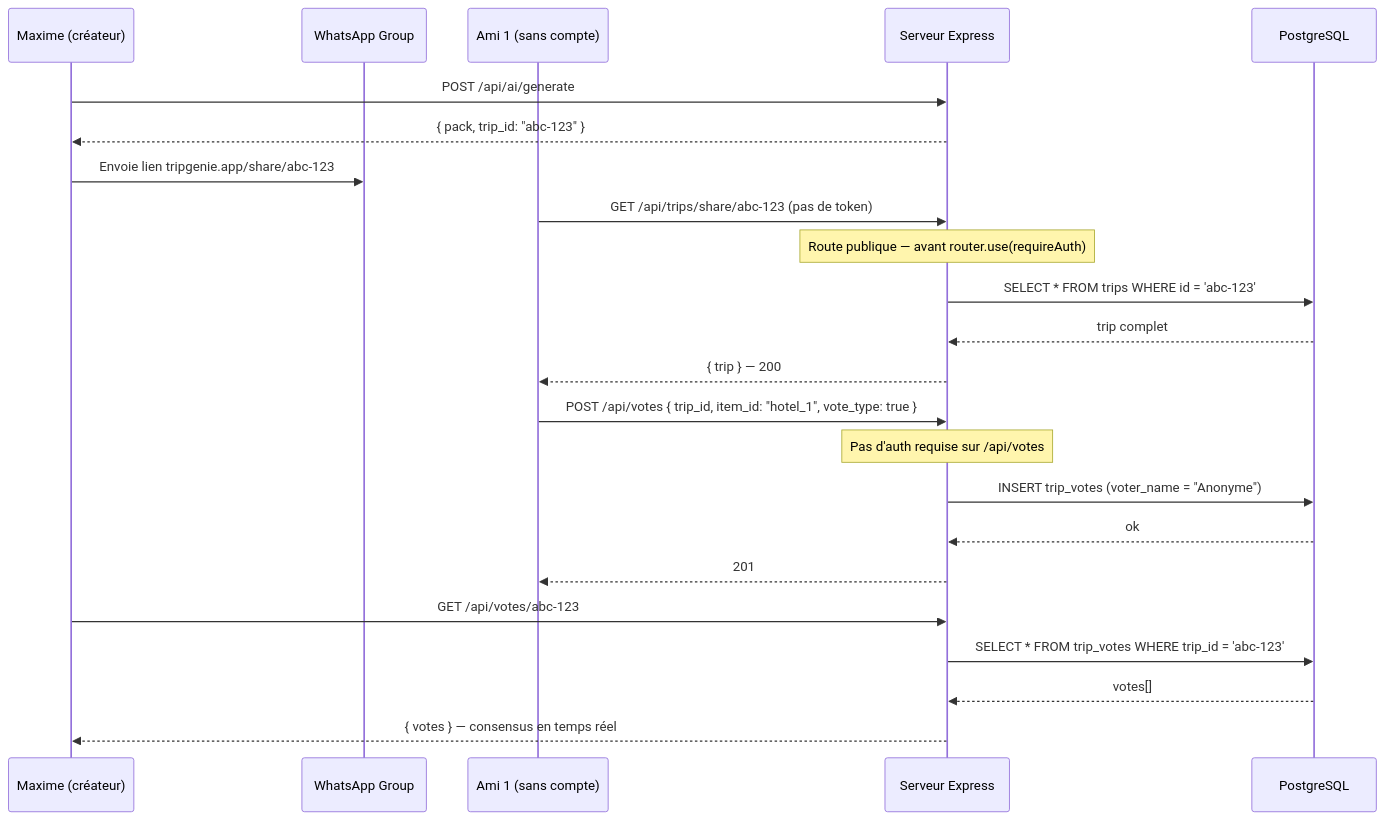
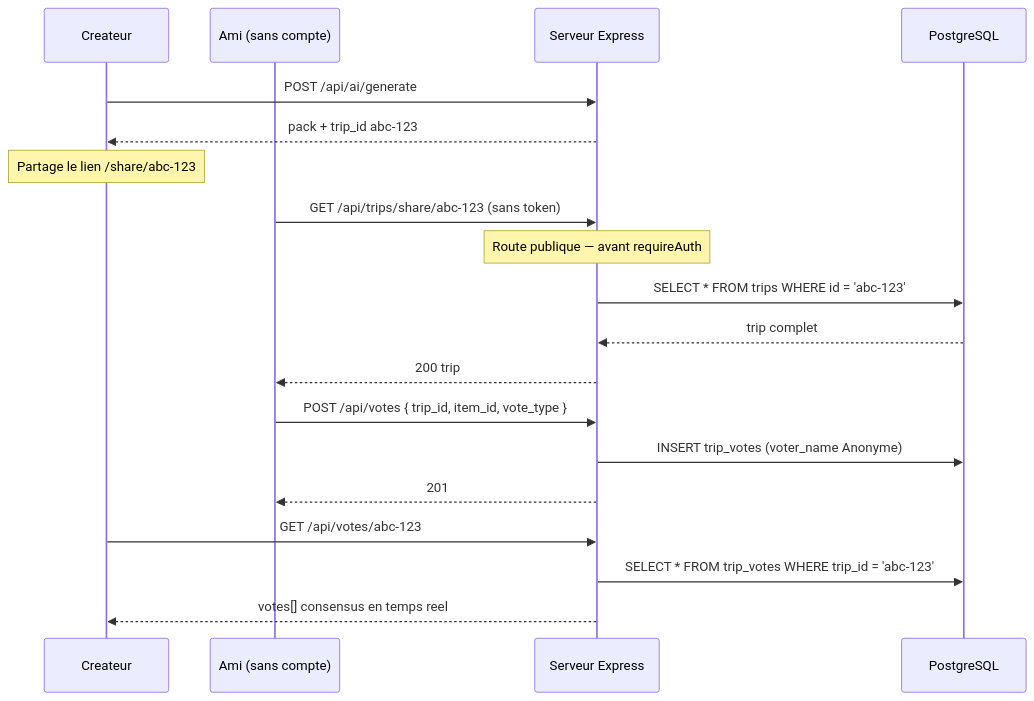
One commit to loties1533/tripgenie changed the fourth of 7 diagrams in docs/DIAGRAMS.md. Above: the diagram before and after it, drawn with Mermaid. The commit also changed other lines of this file, not shown here.

Commit message:
MAJ diagram

````diff
--- a/docs/DIAGRAMS.md
+++ b/docs/DIAGRAMS.md
@@ -189,29 +144,25 @@
 ```mermaid
 sequenceDiagram
-    participant M as Maxime (créateur)
-    participant W as WhatsApp Group
-    participant A as Ami 1 (sans compte)
+    participant M as Createur
+    participant A as Ami (sans compte)
     participant S as Serveur Express
     participant DB as PostgreSQL
 
     M->>S: POST /api/ai/generate
-    S-->>M: { pack, trip_id: "abc-123" }
-    M->>W: Envoie lien tripgenie.app/share/abc-123
+    S-->>M: pack + trip_id abc-123
+    Note over M: Partage le lien /share/abc-123
 
-    A->>S: GET /api/trips/share/abc-123 (pas de token)
-    Note over S: Route publique — avant router.use(requireAuth)
+    A->>S: GET /api/trips/share/abc-123 (sans token)
+    Note over S: Route publique — avant requireAuth
     S->>DB: SELECT * FROM trips WHERE id = 'abc-123'
     DB-->>S: trip complet
-    S-->>A: { trip } — 200
+    S-->>A: 200 trip
 
-    A->>S: POST /api/votes { trip_id, item_id: "hotel_1", vote_type: true }
-    Note over S: Pas d'auth requise sur /api/votes
-    S->>DB: INSERT trip_votes (voter_name = "Anonyme")
-    DB-->>S: ok
+    A->>S: POST /api/votes { trip_id, item_id, vote_type }
+    S->>DB: INSERT trip_votes (voter_name Anonyme)
     S-->>A: 201
 
     M->>S: GET /api/votes/abc-123
     S->>DB: SELECT * FROM trip_votes WHERE trip_id = 'abc-123'
-    DB-->>S: votes[]
-    S-->>M: { votes } — consensus en temps réel
+    S-->>M: votes[] consensus en temps reel
 ```
````
